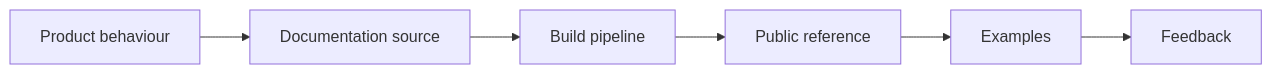
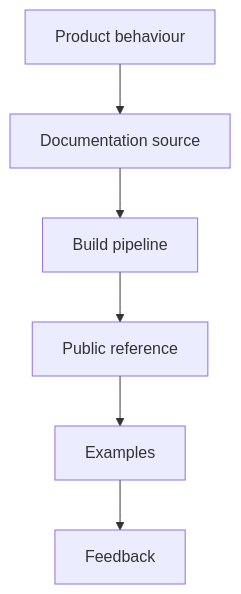
One commit to J0UH/developer-docs-content changed the diagram in README.md. Above: the diagram before and after it, drawn with Mermaid.

Commit message:
docs: build visual project portfolio

````diff
--- a/README.md
+++ b/README.md
@@ -25,14 +25,14 @@
 ```mermaid
-flowchart LR
+flowchart TD
     n0["Product behaviour"]
     n1["Documentation source"]
     n2["Build pipeline"]
     n3["Public reference"]
     n4["Examples"]
     n5["Feedback"]
     n0 --> n1
     n1 --> n2
     n2 --> n3
     n3 --> n4
     n4 --> n5
 ```
````
